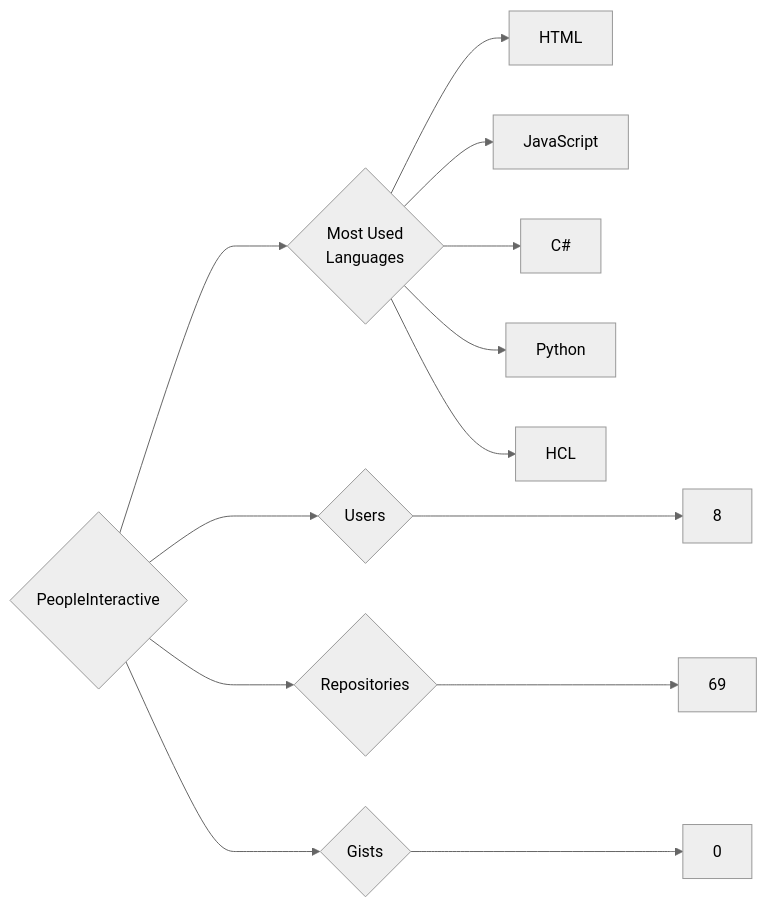
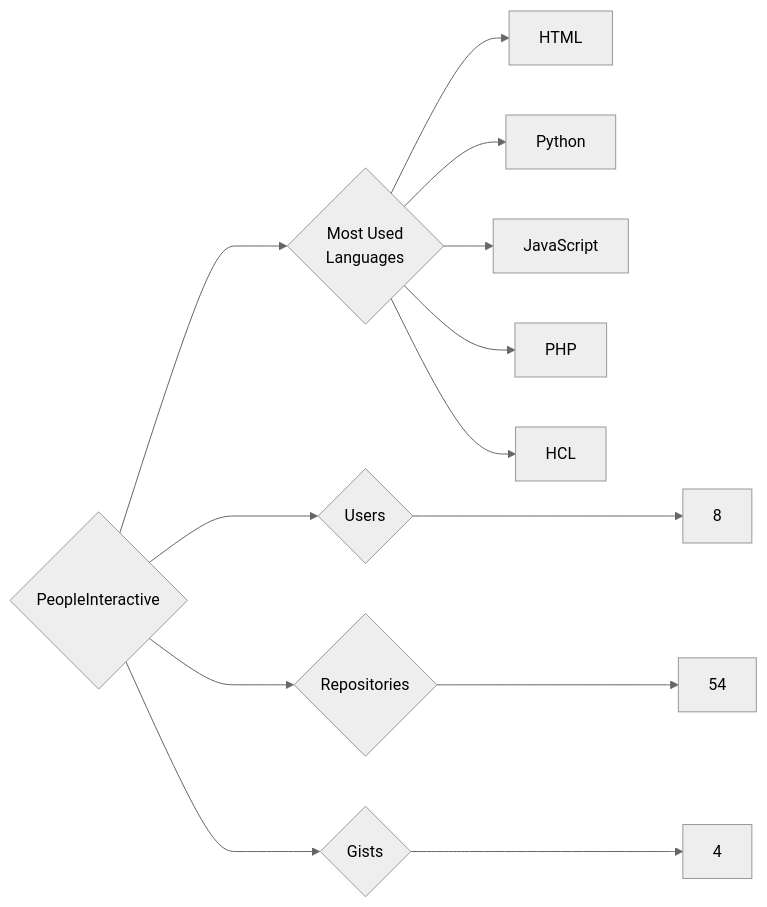
Before and after one commit to trickest/insiders: the diagram in targets/PeopleInteractive/README.md, drawn with Mermaid (neutral theme). The commit also changed 997 other files, not shown here.

````diff
--- a/targets/PeopleInteractive/README.md
+++ b/targets/PeopleInteractive/README.md
@@ -3,13 +3,13 @@
 ```mermaid
 graph LR
 COMPANY_NAME{PeopleInteractive}
 COMPANY_NAME ---> U{Users} ---> UN[8]
-COMPANY_NAME ---> R{Repositories} ---> RN[69]
-COMPANY_NAME ---> G{Gists} ---> GN[0]
+COMPANY_NAME ---> R{Repositories} ---> RN[54]
+COMPANY_NAME ---> G{Gists} ---> GN[4]
 COMPANY_NAME ---> ML{Most Used<br>Languages}
-ML --> HTML
-ML --> JavaScript
-ML --> C#
-ML --> Python
-ML --> HCL
+ML --> HTML[HTML]
+ML --> Python[Python]
+ML --> JavaScript[JavaScript]
+ML --> PHP[PHP]
+ML --> HCL[HCL]
 ```
````
